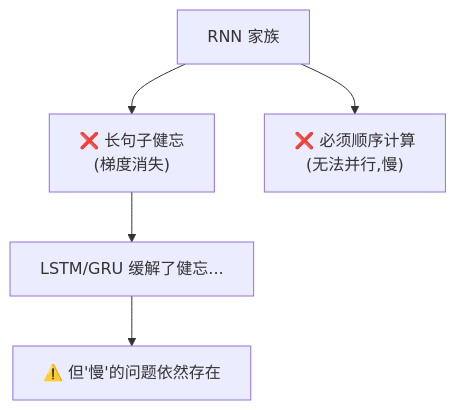
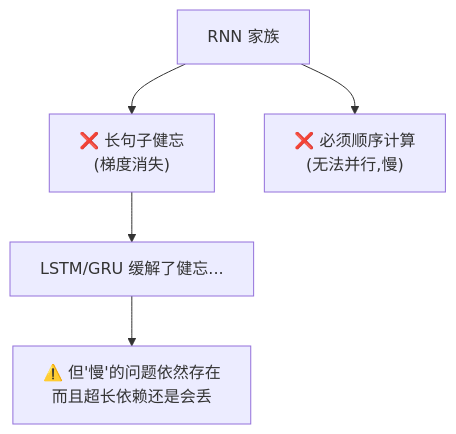
Before and after one commit to zerioo1970/summary: the eighth of 14 diagrams in transformer-学习资料/第01章-为什么需要Transformer.md, drawn with Mermaid. The commit also changed other lines of this file and 6 other files, not shown here.

Commit message:
大幅扩写第1、2、8-12章:新增导览/数值示例/深入原理/FAQ/更多图解

````diff
--- a/transformer-学习资料/第01章-为什么需要Transformer.md
+++ b/transformer-学习资料/第01章-为什么需要Transformer.md
@@ -79,7 +170,7 @@
 ```mermaid
 flowchart TD
     A["RNN 家族"] --> B["❌ 长句子健忘<br/>(梯度消失)"]
     A --> C["❌ 必须顺序计算<br/>(无法并行,慢)"]
     B --> D["LSTM/GRU 缓解了健忘..."]
-    D --> E["⚠️ 但'慢'的问题依然存在"]
+    D --> E["⚠️ 但'慢'的问题依然存在<br/>而且超长依赖还是会丢"]
 ```
````
